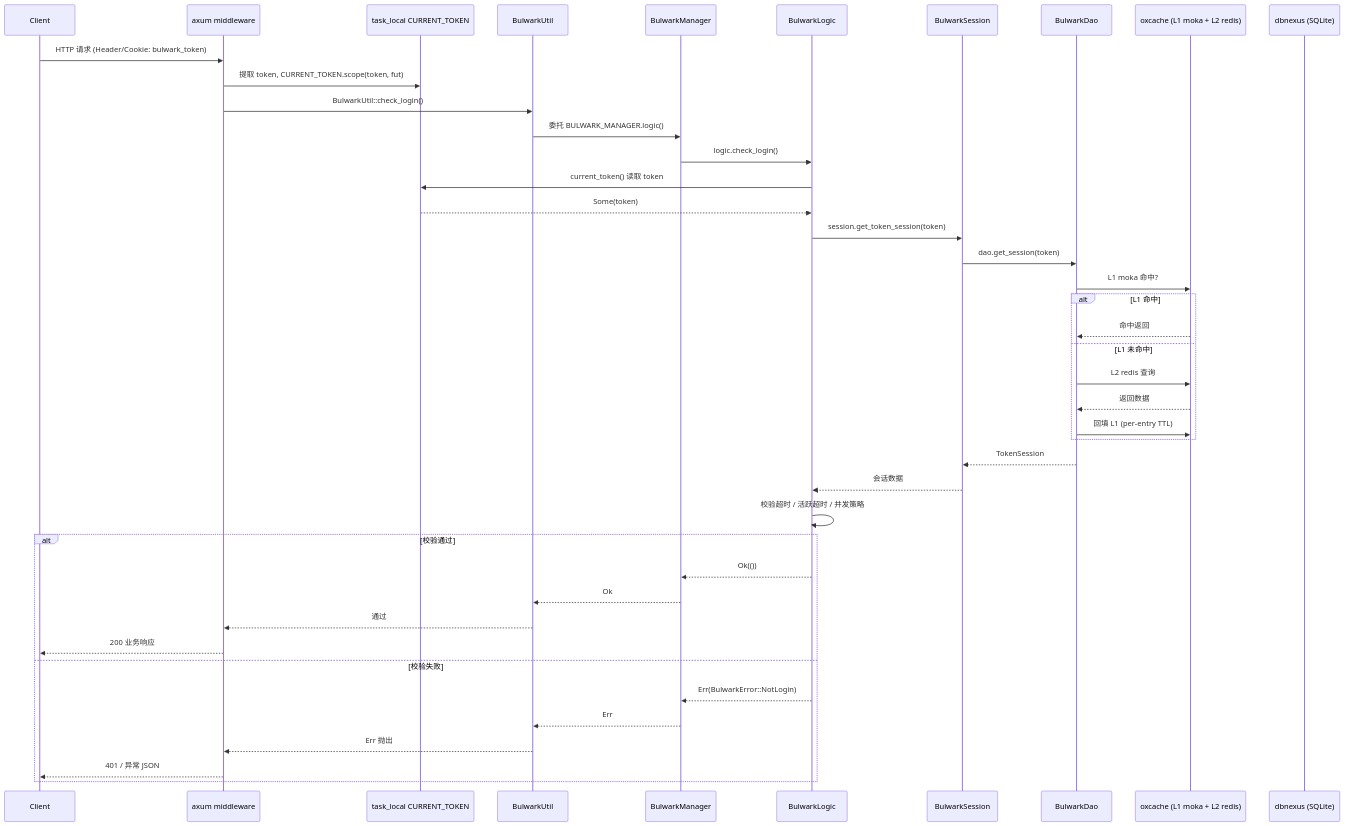
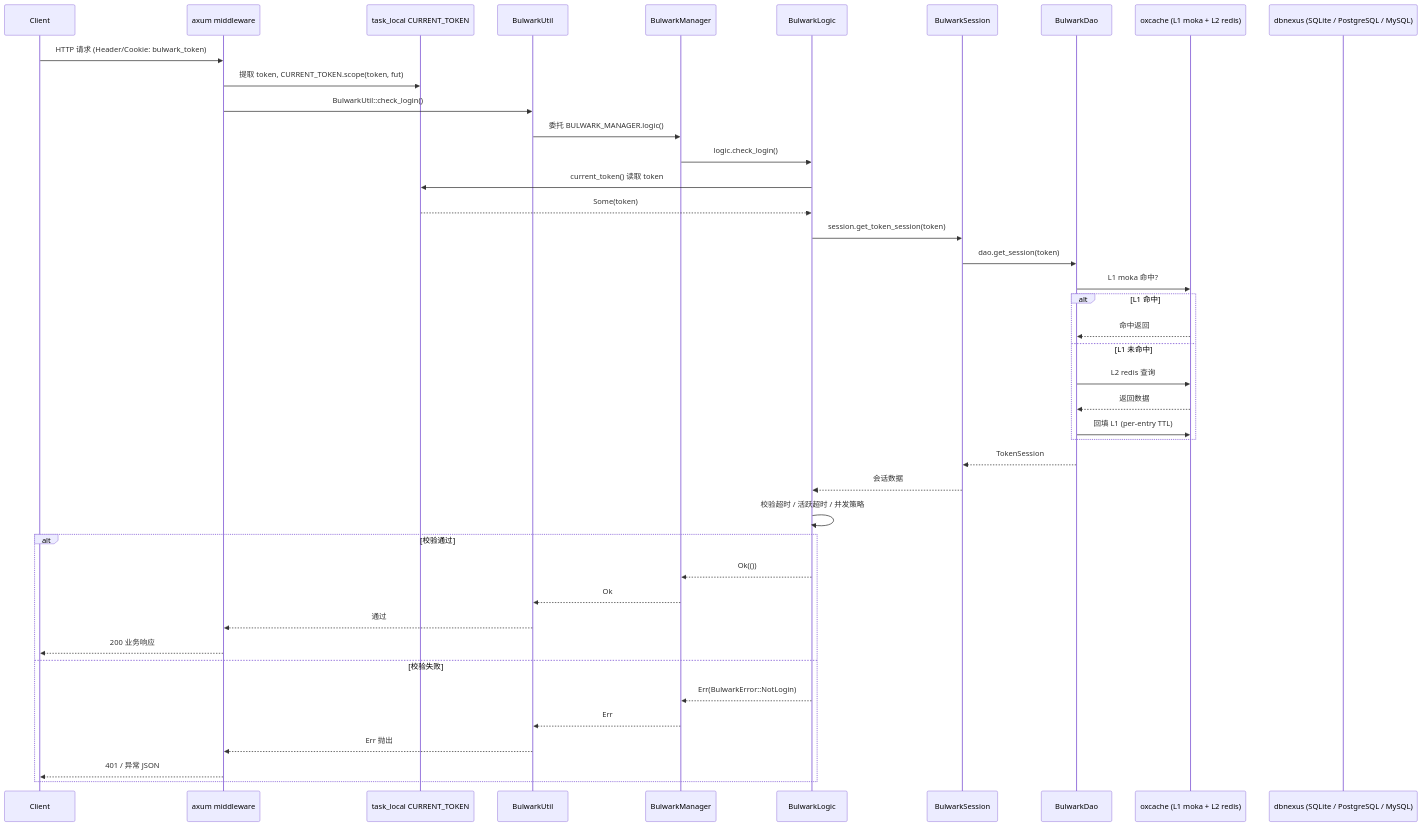
The third of 3 diagrams in docs/ARCHITECTURE.md (Kirky-X/garrison), drawn with Mermaid before and after one commit. The commit also changed other lines of this file and 9 other files, not shown here.

````diff
--- a/docs/ARCHITECTURE.md
+++ b/docs/ARCHITECTURE.md
@@ -200,45 +220,45 @@
 ```mermaid
 sequenceDiagram
     participant C as Client
     participant AX as axum middleware
     participant TL as task_local CURRENT_TOKEN
     participant BU as BulwarkUtil
     participant BM as BulwarkManager
     participant BL as BulwarkLogic
     participant BS as BulwarkSession
     participant BD as BulwarkDao
     participant OC as oxcache (L1 moka + L2 redis)
-    participant DB as dbnexus (SQLite)
+    participant DB as dbnexus (SQLite / PostgreSQL / MySQL)
 
     C->>AX: HTTP 请求 (Header/Cookie: bulwark_token)
     AX->>TL: 提取 token, CURRENT_TOKEN.scope(token, fut)
     AX->>BU: BulwarkUtil::check_login()
     BU->>BM: 委托 BULWARK_MANAGER.logic()
     BM->>BL: logic.check_login()
     BL->>TL: current_token() 读取 token
     TL-->>BL: Some(token)
     BL->>BS: session.get_token_session(token)
     BS->>BD: dao.get_session(token)
     BD->>OC: L1 moka 命中?
     alt L1 命中
         OC-->>BD: 命中返回
     else L1 未命中
         BD->>OC: L2 redis 查询
         OC-->>BD: 返回数据
         BD->>OC: 回填 L1 (per-entry TTL)
     end
     BD-->>BS: TokenSession
     BS-->>BL: 会话数据
     BL->>BL: 校验超时 / 活跃超时 / 并发策略
     alt 校验通过
         BL-->>BM: Ok(())
         BM-->>BU: Ok
         BU-->>AX: 通过
         AX-->>C: 200 业务响应
     else 校验失败
         BL-->>BM: Err(BulwarkError::NotLogin)
         BM-->>BU: Err
         BU-->>AX: Err 抛出
         AX-->>C: 401 / 异常 JSON
     end
 ```
````
